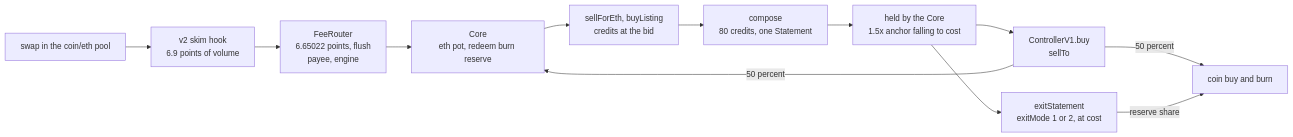
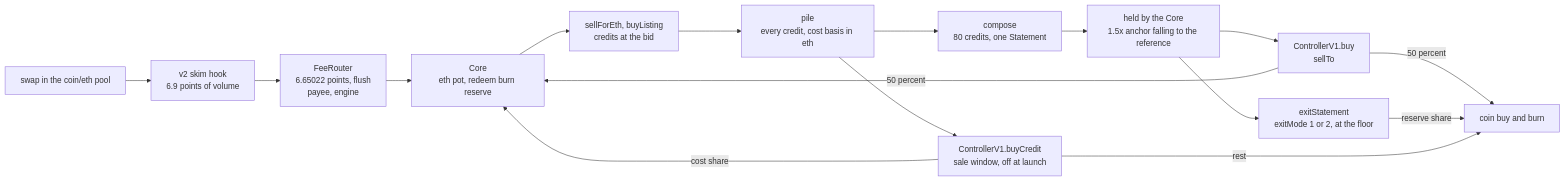
The diagram in README.md (moose-code/cc), drawn with Mermaid before and after one commit. The commit also changed other lines of this file and 14 other files, not shown here.

Commit message:
docs and sim follow the one pile, credit sale window, chosen composition and rating-scaled reference; decision 94 recorded (score-scaled eth backstop)

````diff
--- a/README.md
+++ b/README.md
@@ -16,20 +17,25 @@
 ```mermaid
 graph LR
     swap["swap in the coin/eth pool"]
     hook["v2 skim hook<br/>6.9 points of volume"]
     router["FeeRouter<br/>6.65022 points, flush<br/>payee, engine"]
     core["Core<br/>eth pot, redeem burn reserve"]
     buy["sellForEth, buyListing<br/>credits at the bid"]
     compose["compose<br/>80 credits, one Statement"]
-    held["held by the Core<br/>1.5x anchor falling to cost"]
+    pile["pile<br/>every credit, cost basis in eth"]
+    held["held by the Core<br/>1.5x anchor falling to the reference"]
+    credsale["ControllerV1.buyCredit<br/>sale window, off at launch"]
     sold["ControllerV1.buy<br/>sellTo"]
     burn["coin buy and burn"]
-    exit["exitStatement<br/>exitMode 1 or 2, at cost"]
+    exit["exitStatement<br/>exitMode 1 or 2, at the floor"]
 
-    swap --> hook --> router --> core --> buy --> compose --> held
+    swap --> hook --> router --> core --> buy --> pile --> compose --> held
+    pile --> credsale
     held --> sold
     held --> exit
     sold -->|50 percent| burn
     sold -->|50 percent| core
     exit -->|reserve share| burn
+    credsale -->|cost share| core
+    credsale -->|rest| burn
 ```
````
